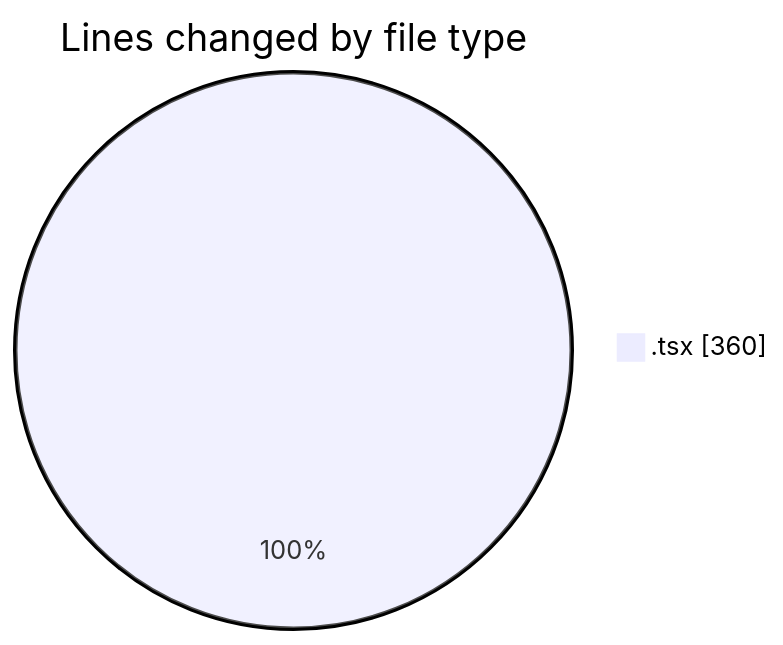
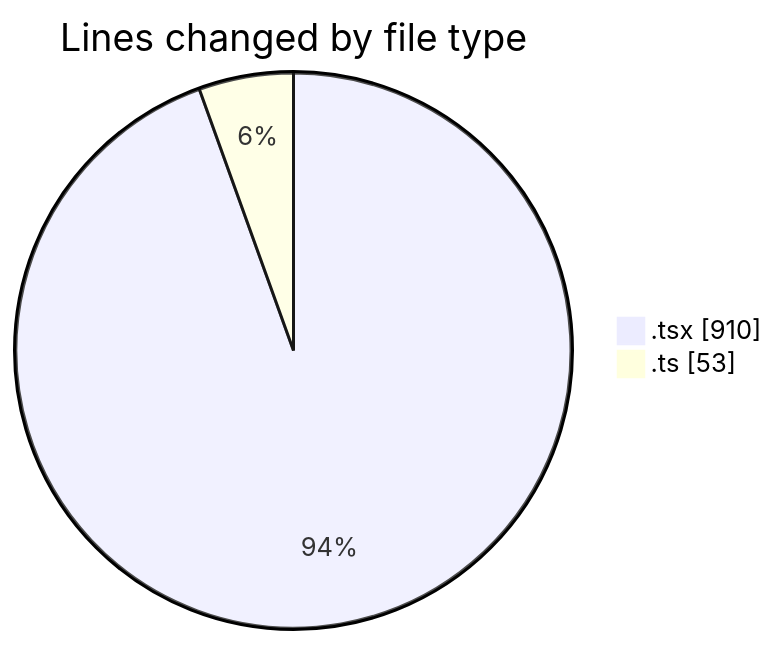
One commit to momahboobian/code-tracking changed the first of 2 diagrams in 2026-04-27/cda/README.md. Above: the diagram before and after it, drawn with Mermaid. The commit also changed other lines of this file and 1 other file, not shown here.

````diff
--- a/2026-04-27/cda/README.md
+++ b/2026-04-27/cda/README.md
@@ -21,5 +25,6 @@
 ```mermaid
 pie showData
 title Lines changed by file type
-".tsx" : 360
+".tsx" : 910
+".ts" : 53
 ```
````
